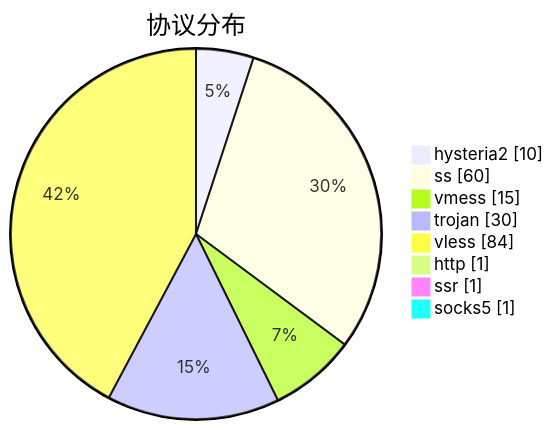
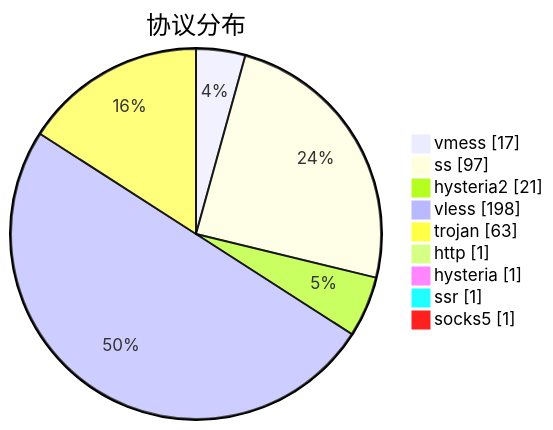
Before and after one commit to sinspired/airport: the third of 3 diagrams in subs/statistics/tested_within.md, drawn with Mermaid. The commit also changed other lines of this file and 2 other files, not shown here.

````diff
--- a/subs/statistics/tested_within.md
+++ b/subs/statistics/tested_within.md
@@ -39,12 +48,13 @@
 ```mermaid
 pie showData
 title 协议分布
-"hysteria2" : 10
-"ss" : 60
-"vmess" : 15
-"trojan" : 30
-"vless" : 84
+"vmess" : 17
+"ss" : 97
+"hysteria2" : 21
+"vless" : 198
+"trojan" : 63
 "http" : 1
+"hysteria" : 1
 "ssr" : 1
 "socks5" : 1
 ```
````
